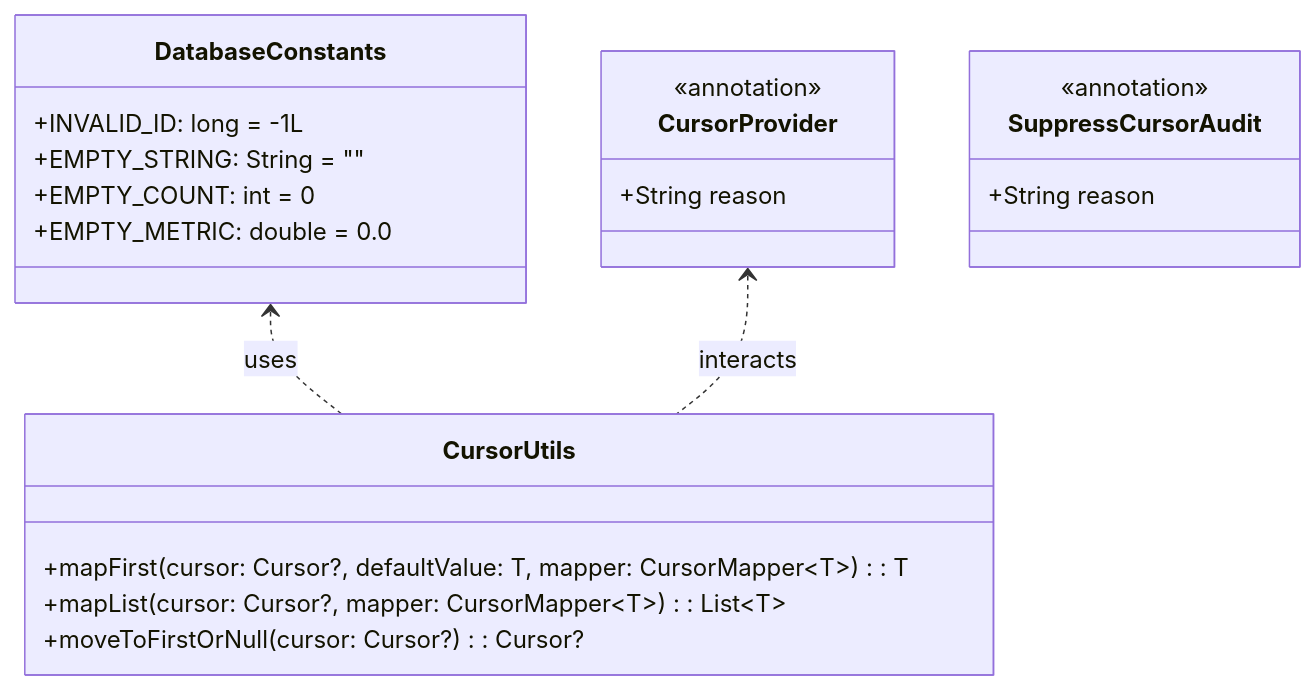
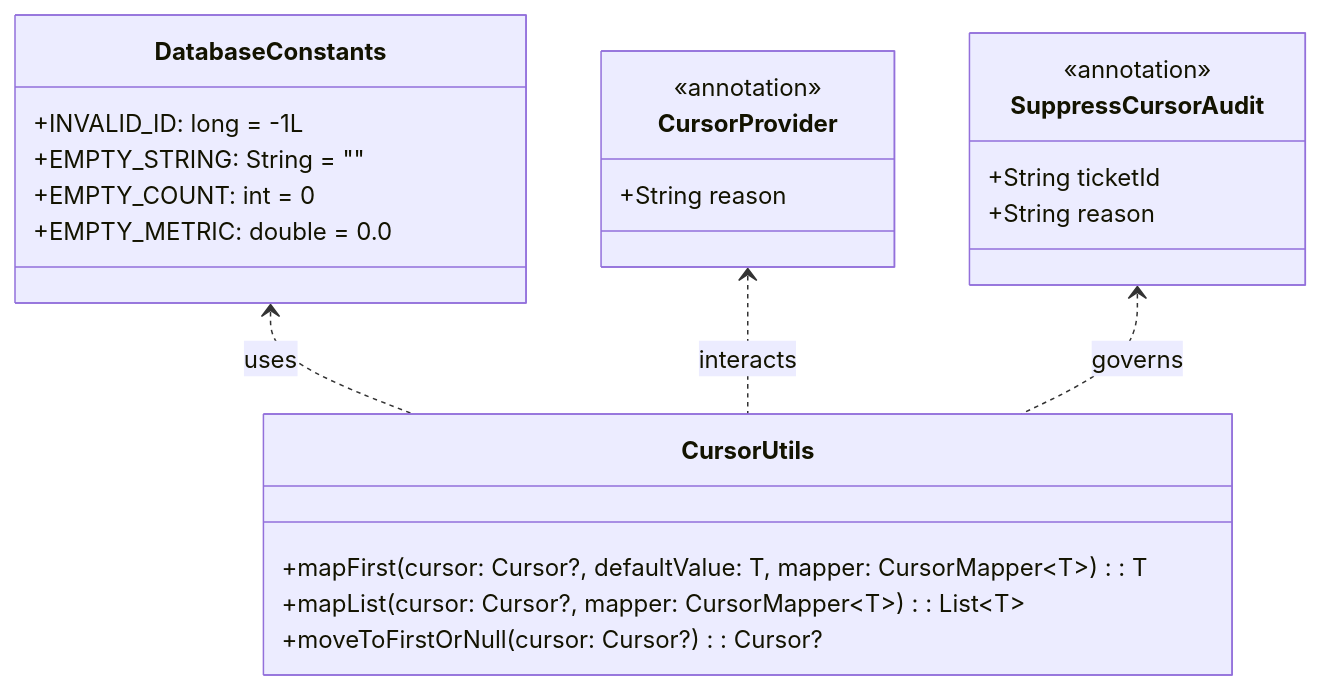
Before and after one commit to rainerblind/aTrainingTracker: the diagram in docs/engineering/plans/ATT-3550_plan.md, drawn with Mermaid. The commit also changed other lines of this file, not shown here.

Commit message:
docs(plan): harden Stage 3 plan with AST/query detection, SuppressCursorAudit governance, and exception test (ATT-3550)

````diff
--- a/docs/engineering/plans/ATT-3550_plan.md
+++ b/docs/engineering/plans/ATT-3550_plan.md
@@ -21,24 +21,26 @@
 ```mermaid
 classDiagram
     class DatabaseConstants {
         +INVALID_ID: long = -1L
         +EMPTY_STRING: String = ""
         +EMPTY_COUNT: int = 0
         +EMPTY_METRIC: double = 0.0
     }
     class CursorUtils {
         +mapFirst(cursor: Cursor?, defaultValue: T, mapper: CursorMapper~T~): T
         +mapList(cursor: Cursor?, mapper: CursorMapper~T~): List~T~
         +moveToFirstOrNull(cursor: Cursor?): Cursor?
     }
     class CursorProvider {
         <<annotation>>
         +String reason
     }
     class SuppressCursorAudit {
         <<annotation>>
+        +String ticketId
         +String reason
     }
     DatabaseConstants <.. CursorUtils : uses
     CursorProvider <.. CursorUtils : interacts
+    SuppressCursorAudit <.. CursorUtils : governs
 ```
````
